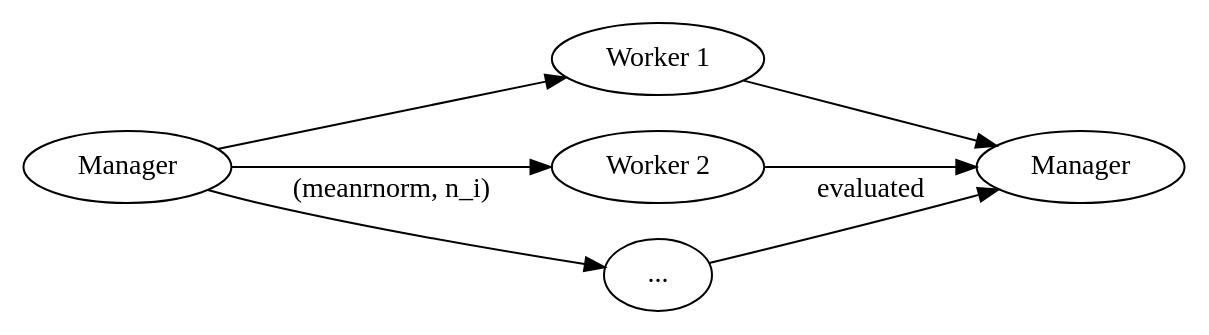
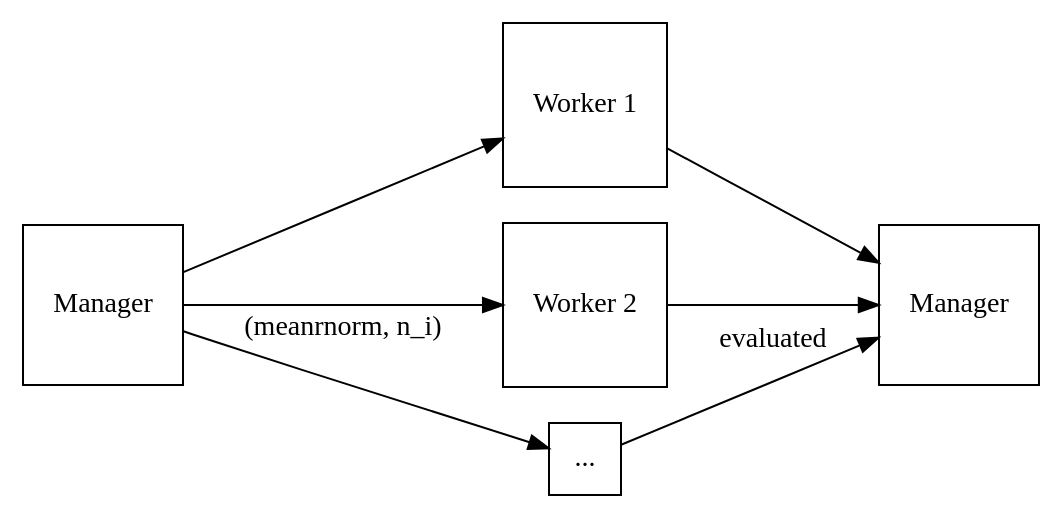
The diagram in proposal/snow.dot (clarkfitzg/phd_research), drawn with Graphviz before and after one commit. The commit also changed 4 other files, not shown here.

```diff
--- a/proposal/snow.dot
+++ b/proposal/snow.dot
@@ -1,19 +1,19 @@
 digraph {
     rankdir=LR;
     //size="8,5"
-    //node [shape = square]; 2;
+    node [shape = square]; 1, 2, 3;
     //node [shape = none];
 
     0 [label="Manager"];
     1 [label="Worker 1"];
     2 [label="Worker 2"];
     3 [label="..."];
     4 [label="Manager"];
 
     0 -> 1;
     0 -> 2;
     0 -> 3 [label="(meanrnorm, n_i)"];
     1 -> 4;
     2 -> 4;
     3 -> 4 [label="evaluated"];
 }
```
